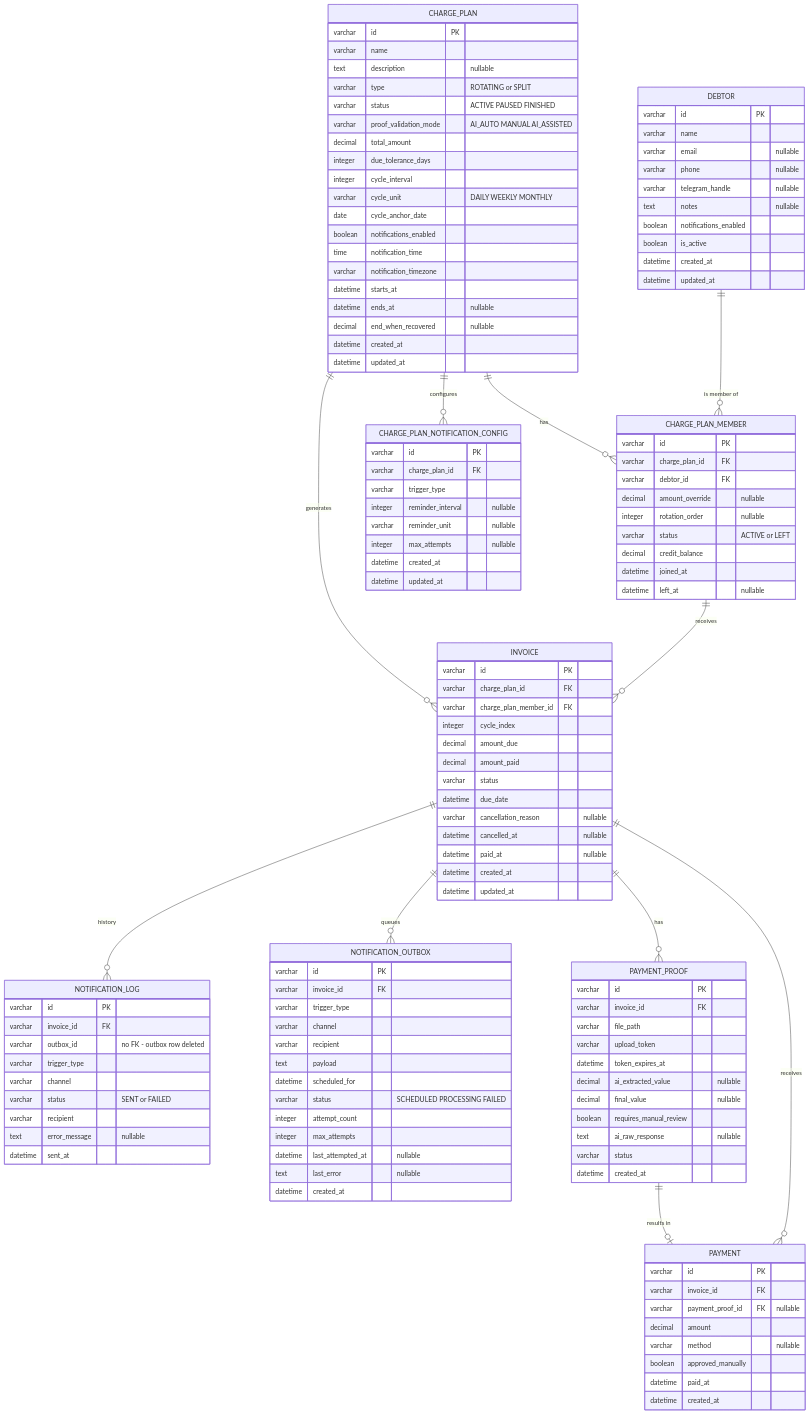
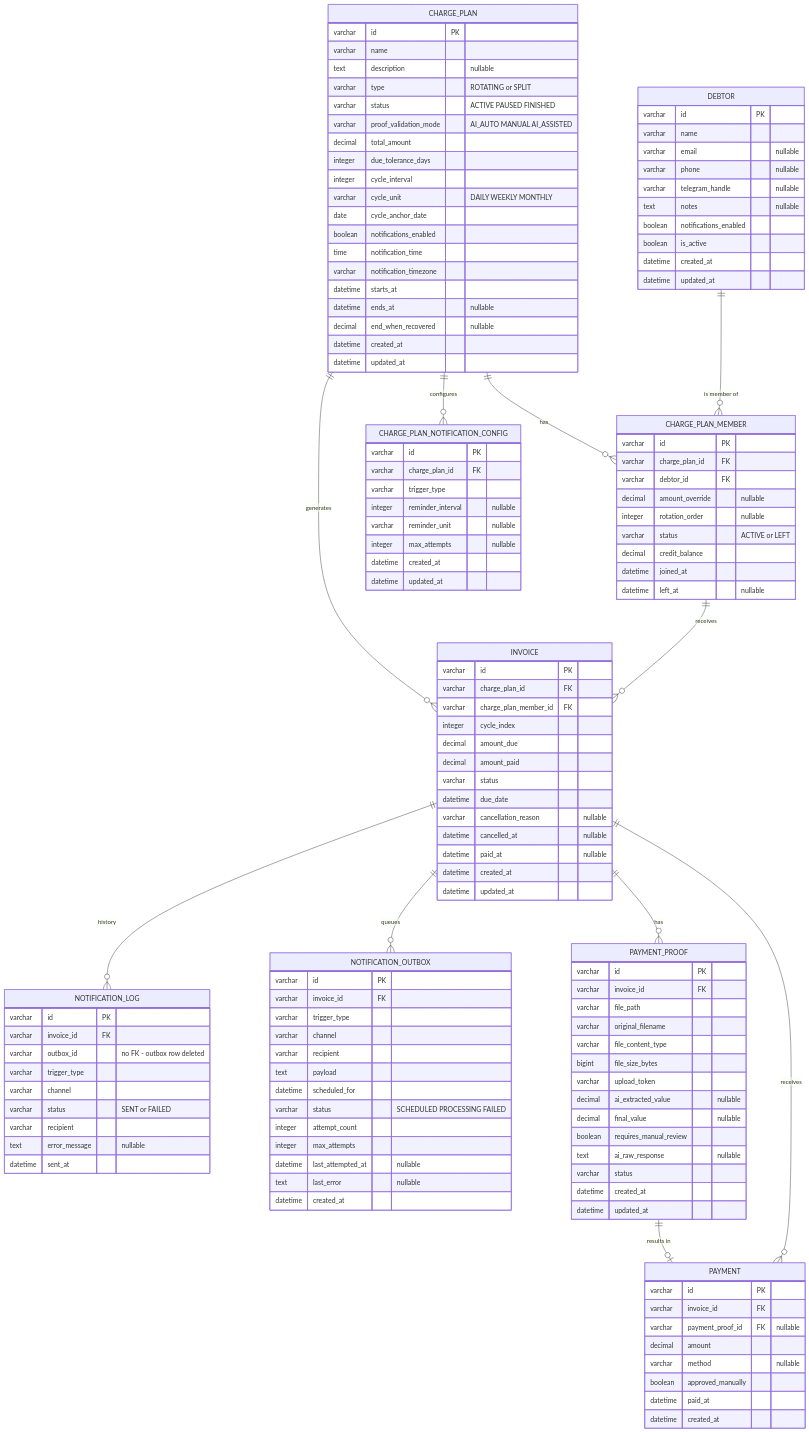
One commit to UnDer-7/caiman-server changed the diagram in docs/diagrams/database_erd.md. Above: the diagram before and after it, drawn with Mermaid. The commit also changed 74 other files, not shown here.

```diff
--- a/docs/diagrams/database_erd.md
+++ b/docs/diagrams/database_erd.md
@@ -89,14 +89,17 @@
     varchar id PK
     varchar invoice_id FK
     varchar file_path
+    varchar original_filename
+    varchar file_content_type
+    bigint file_size_bytes
     varchar upload_token
-    datetime token_expires_at
     decimal ai_extracted_value "nullable"
     decimal final_value "nullable"
     boolean requires_manual_review
     text ai_raw_response "nullable"
     varchar status
     datetime created_at
+    datetime updated_at
   }
 
   NOTIFICATION_OUTBOX {
```
